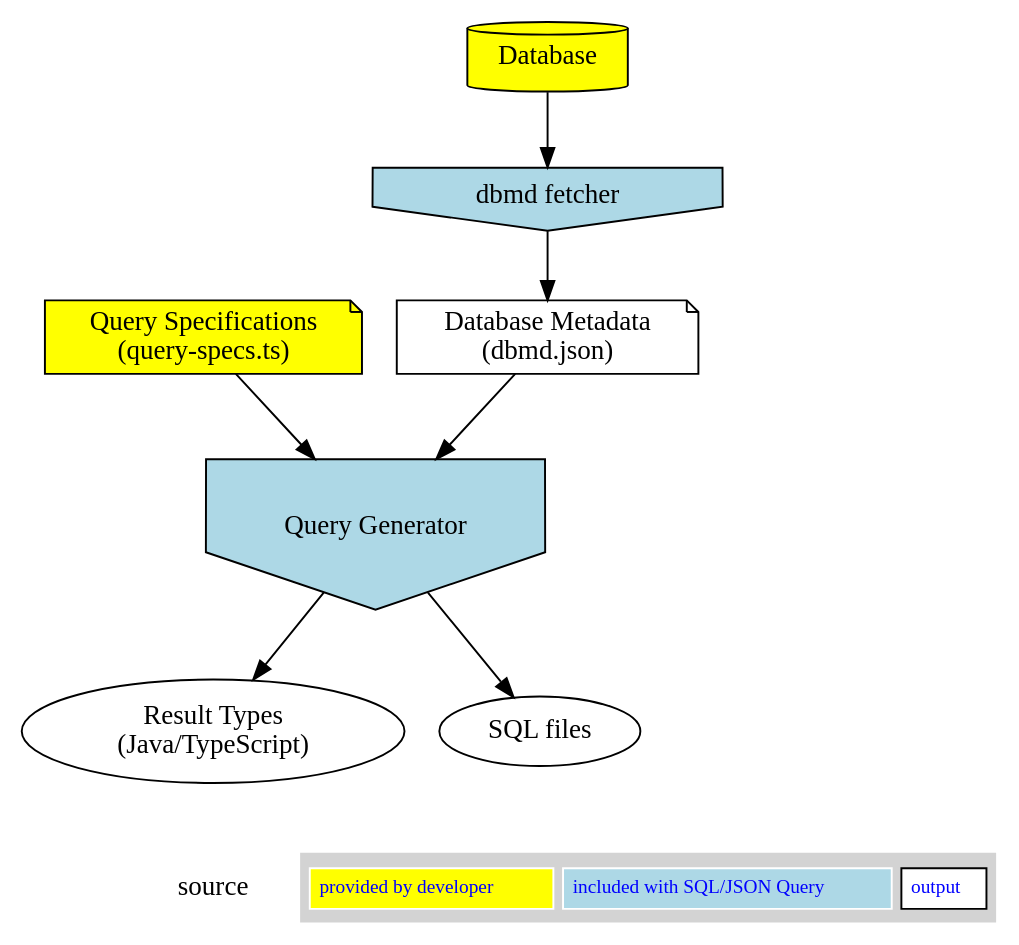
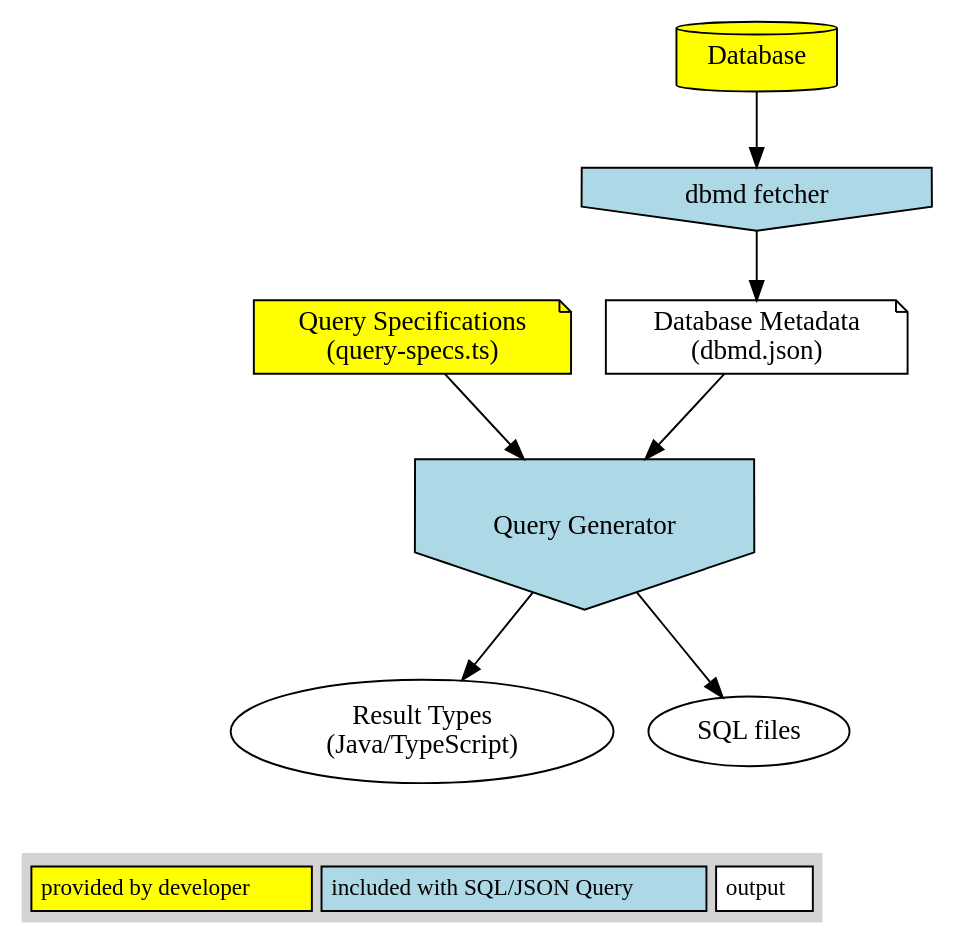
The diagram in docs/img/diagram-1.dot (scharris/sqljson-query), drawn with Graphviz before and after one commit. The commit also changed 1 other file, not shown here.

Commit message:
Simplify diagram legend.

```diff
--- a/docs/img/diagram-1.dot
+++ b/docs/img/diagram-1.dot
@@ -1,30 +1,29 @@
 digraph  Diagram1 {
   {
     qs [label="Query Specifications\n(query-specs.ts)" shape=note style=filled fillcolor=yellow]
     dbmd [label="Database Metadata\n(dbmd.json)" shape=note]
     mdf [label="dbmd fetcher" shape=invhouse style=filled fillcolor=lightblue]
     db [label="Database" shape=cylinder style=filled fillcolor=yellow]
     rd [label="Result Types\n(Java/TypeScript)" ]
     sjq [label="Query Generator" shape=invhouse height=1.2 style=filled fillcolor=lightblue]
     sql [label="SQL files"]
   }
   db -> mdf -> dbmd
   qs -> sjq
   dbmd -> sjq
   sjq -> sql
   sjq -> rd
 
   { rank = sink;
-    space [shape="rectangle" fixedsize=true  label="source" color="none"]
-    node [margin=0 fontcolor=blue fontsize=10  style=filled]
+    node [margin=0 fontsize=12 style=filled]
     Legend [shape=none, label=<
-    <TABLE BORDER="0" CELLBORDER="1" CELLSPACING="5" CELLPADDING="4">
-     <TR>
-      <TD color="white" bgcolor="yellow">provided by developer</TD>
-      <TD color="white"  bgcolor="lightblue">included with SQL/JSON Query</TD>
-      <TD bgcolor="white">output</TD>
-     </TR>
-    </TABLE>
+    <table border="0" cellborder="1" cellspacing="5" cellpadding="4">
+     <tr>
+      <td bgcolor="yellow">provided by developer</td>
+      <td bgcolor="lightblue">included with SQL/JSON Query</td>
+      <td bgcolor="white">output</td>
+     </tr>
+    </table>
    >];
   }
 }
```
